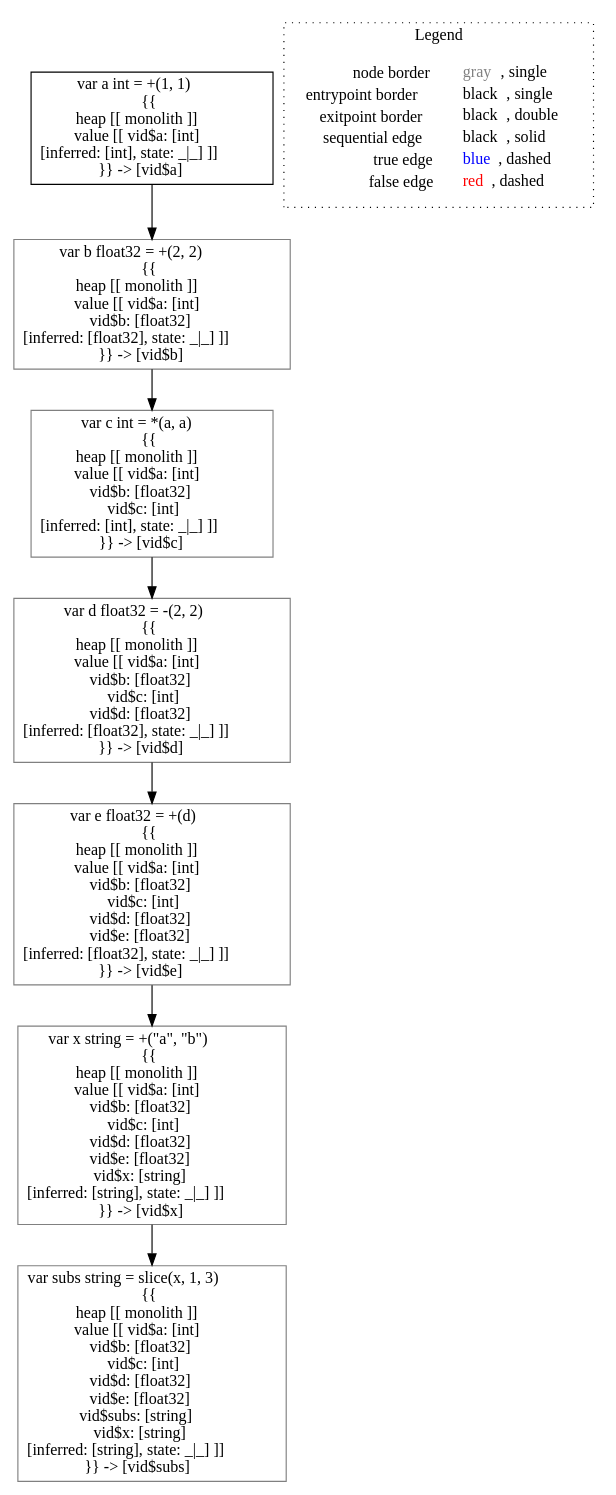
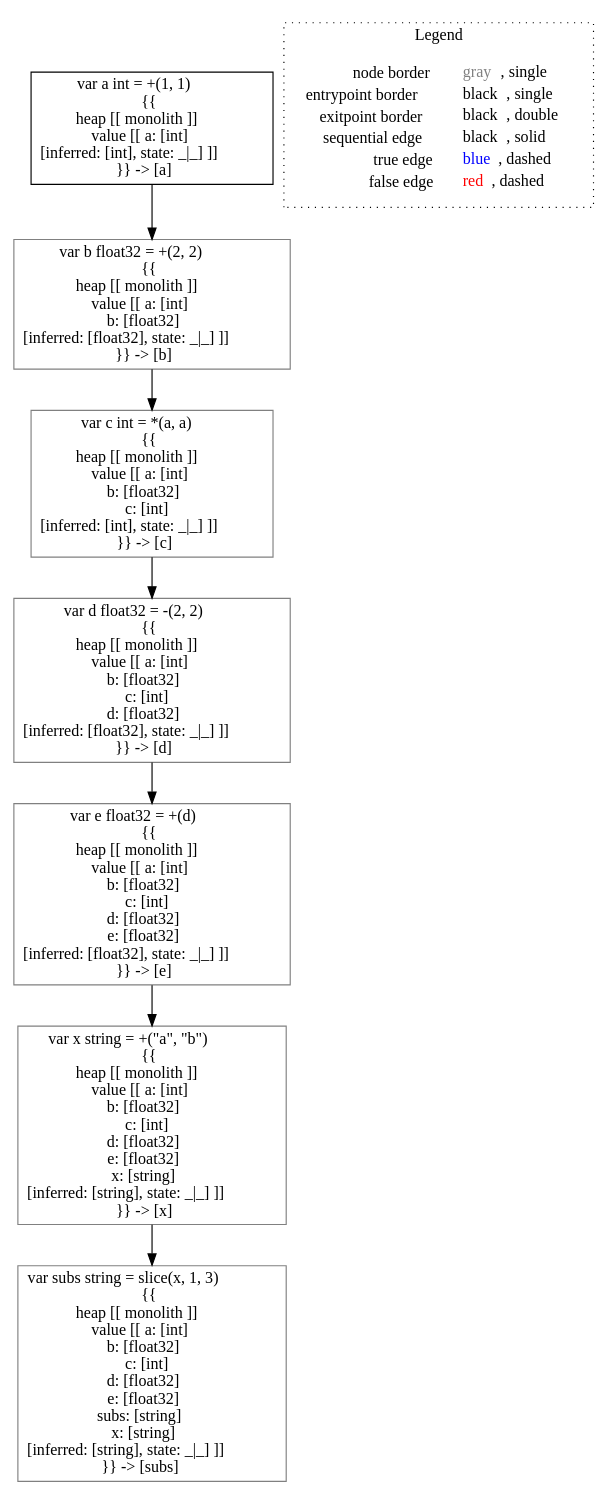
The diagram in go-lisa/go-testcases/typing/typing___int_~LiSAProgram.simpleTyping().dot (lisa-analyzer/go-lisa), drawn with Graphviz before and after one commit. The commit also changed 10 other files, not shown here.

```diff
--- a/go-lisa/go-testcases/typing/typing___int_~LiSAProgram.simpleTyping().dot
+++ b/go-lisa/go-testcases/typing/typing___int_~LiSAProgram.simpleTyping().dot
@@ -1,22 +1,22 @@
 digraph {
-	"node0" [shape="rect",color="black",label=<var a int = +(1, 1)<BR/>{{<BR/>heap [[ monolith ]]<BR/>value [[ vid$a: [int]<BR/>[inferred: [int], state: _|_] ]]<BR/>}} -&gt; [vid$a]>];
-	"node1" [shape="rect",color="gray",label=<var c int = *(a, a)<BR/>{{<BR/>heap [[ monolith ]]<BR/>value [[ vid$a: [int]<BR/>vid$b: [float32]<BR/>vid$c: [int]<BR/>[inferred: [int], state: _|_] ]]<BR/>}} -&gt; [vid$c]>];
-	"node2" [shape="rect",color="gray",label=<var e float32 = +(d)<BR/>{{<BR/>heap [[ monolith ]]<BR/>value [[ vid$a: [int]<BR/>vid$b: [float32]<BR/>vid$c: [int]<BR/>vid$d: [float32]<BR/>vid$e: [float32]<BR/>[inferred: [float32], state: _|_] ]]<BR/>}} -&gt; [vid$e]>];
-	"node3" [shape="rect",color="gray",label=<var b float32 = +(2, 2)<BR/>{{<BR/>heap [[ monolith ]]<BR/>value [[ vid$a: [int]<BR/>vid$b: [float32]<BR/>[inferred: [float32], state: _|_] ]]<BR/>}} -&gt; [vid$b]>];
-	"node4" [shape="rect",color="gray",label=<var subs string = slice(x, 1, 3)<BR/>{{<BR/>heap [[ monolith ]]<BR/>value [[ vid$a: [int]<BR/>vid$b: [float32]<BR/>vid$c: [int]<BR/>vid$d: [float32]<BR/>vid$e: [float32]<BR/>vid$subs: [string]<BR/>vid$x: [string]<BR/>[inferred: [string], state: _|_] ]]<BR/>}} -&gt; [vid$subs]>];
-	"node5" [shape="rect",color="gray",label=<var d float32 = -(2, 2)<BR/>{{<BR/>heap [[ monolith ]]<BR/>value [[ vid$a: [int]<BR/>vid$b: [float32]<BR/>vid$c: [int]<BR/>vid$d: [float32]<BR/>[inferred: [float32], state: _|_] ]]<BR/>}} -&gt; [vid$d]>];
-	"node6" [shape="rect",color="gray",label=<var x string = +(&quot;a&quot;, &quot;b&quot;)<BR/>{{<BR/>heap [[ monolith ]]<BR/>value [[ vid$a: [int]<BR/>vid$b: [float32]<BR/>vid$c: [int]<BR/>vid$d: [float32]<BR/>vid$e: [float32]<BR/>vid$x: [string]<BR/>[inferred: [string], state: _|_] ]]<BR/>}} -&gt; [vid$x]>];
+	"node0" [shape="rect",color="black",label=<var a int = +(1, 1)<BR/>{{<BR/>heap [[ monolith ]]<BR/>value [[ a: [int]<BR/>[inferred: [int], state: _|_] ]]<BR/>}} -&gt; [a]>];
+	"node1" [shape="rect",color="gray",label=<var d float32 = -(2, 2)<BR/>{{<BR/>heap [[ monolith ]]<BR/>value [[ a: [int]<BR/>b: [float32]<BR/>c: [int]<BR/>d: [float32]<BR/>[inferred: [float32], state: _|_] ]]<BR/>}} -&gt; [d]>];
+	"node2" [shape="rect",color="gray",label=<var x string = +(&quot;a&quot;, &quot;b&quot;)<BR/>{{<BR/>heap [[ monolith ]]<BR/>value [[ a: [int]<BR/>b: [float32]<BR/>c: [int]<BR/>d: [float32]<BR/>e: [float32]<BR/>x: [string]<BR/>[inferred: [string], state: _|_] ]]<BR/>}} -&gt; [x]>];
+	"node3" [shape="rect",color="gray",label=<var b float32 = +(2, 2)<BR/>{{<BR/>heap [[ monolith ]]<BR/>value [[ a: [int]<BR/>b: [float32]<BR/>[inferred: [float32], state: _|_] ]]<BR/>}} -&gt; [b]>];
+	"node4" [shape="rect",color="gray",label=<var c int = *(a, a)<BR/>{{<BR/>heap [[ monolith ]]<BR/>value [[ a: [int]<BR/>b: [float32]<BR/>c: [int]<BR/>[inferred: [int], state: _|_] ]]<BR/>}} -&gt; [c]>];
+	"node5" [shape="rect",color="gray",label=<var e float32 = +(d)<BR/>{{<BR/>heap [[ monolith ]]<BR/>value [[ a: [int]<BR/>b: [float32]<BR/>c: [int]<BR/>d: [float32]<BR/>e: [float32]<BR/>[inferred: [float32], state: _|_] ]]<BR/>}} -&gt; [e]>];
+	"node6" [shape="rect",color="gray",label=<var subs string = slice(x, 1, 3)<BR/>{{<BR/>heap [[ monolith ]]<BR/>value [[ a: [int]<BR/>b: [float32]<BR/>c: [int]<BR/>d: [float32]<BR/>e: [float32]<BR/>subs: [string]<BR/>x: [string]<BR/>[inferred: [string], state: _|_] ]]<BR/>}} -&gt; [subs]>];
+	"node1" -> "node5" [color="black"];
 	"node0" -> "node3" [color="black"];
-	"node1" -> "node5" [color="black"];
 	"node2" -> "node6" [color="black"];
-	"node3" -> "node1" [color="black"];
+	"node3" -> "node4" [color="black"];
+	"node4" -> "node1" [color="black"];
 	"node5" -> "node2" [color="black"];
-	"node6" -> "node4" [color="black"];
 subgraph cluster_legend {
 	label="Legend";
 	style=dotted;
 	node [shape=plaintext];
 	"legend" [label=<<table border="0" cellpadding="2" cellspacing="0" cellborder="0"><tr><td align="right">node border&nbsp;</td><td align="left"><font color="gray">gray</font>, single</td></tr><tr><td align="right">entrypoint border&nbsp;</td><td align="left"><font color="black">black</font>, single</td></tr><tr><td align="right">exitpoint border&nbsp;</td><td align="left"><font color="black">black</font>, double</td></tr><tr><td align="right">sequential edge&nbsp;</td><td align="left"><font color="black">black</font>, solid</td></tr><tr><td align="right">true edge&nbsp;</td><td align="left"><font color="blue">blue</font>, dashed</td></tr><tr><td align="right">false edge&nbsp;</td><td align="left"><font color="red">red</font>, dashed</td></tr></table>>];
 }
 
 }
```
